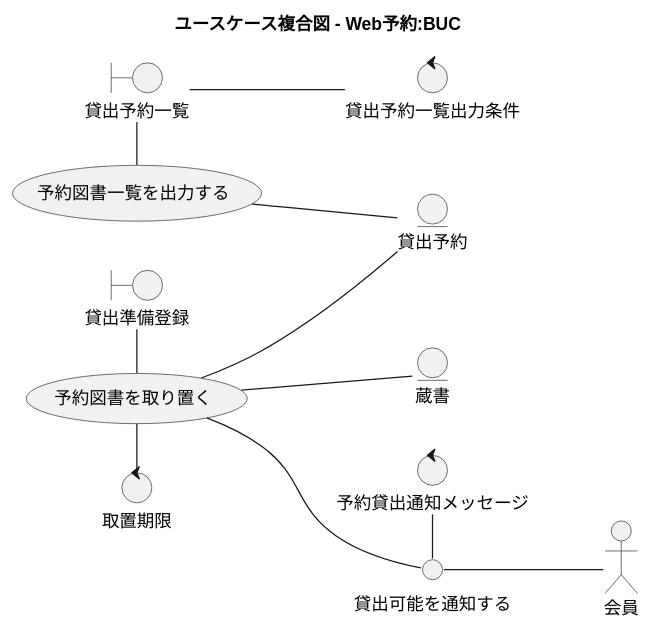
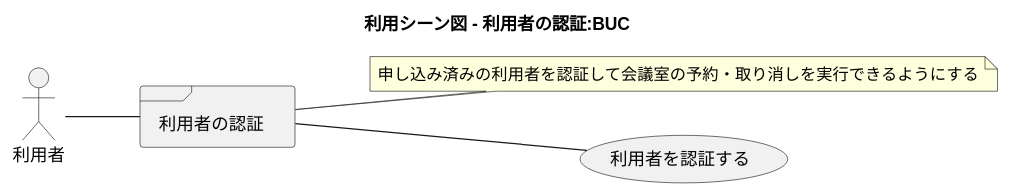
Before and after one commit to k2works/case-study-mrs: the eighth of 15 diagrams in docs/index.adoc, drawn with PlantUML. The commit also changed other lines of this file, not shown here.

```diff
--- a/docs/index.adoc
+++ b/docs/index.adoc
@@ -327,37 +247,22 @@
 [plantuml]
 ----
 @startuml
 
-title ユースケース複合図 - Web予約:BUC
+title 利用シーン図 - 利用者の認証:BUC
 
 left to right direction
 
-actor 会員
+actor 利用者
 
-entity 貸出予約
-entity 蔵書
+frame 利用者の認証
+note right of 利用者の認証
+  申し込み済みの利用者を認証して会議室の予約・取り消しを実行できるようにする
+end note
 
-usecase 予約図書一覧を出力する
-boundary 貸出予約一覧
-control 貸出予約一覧出力条件
+usecase 利用者を認証する
 
-貸出予約一覧 - (予約図書一覧を出力する)
-貸出予約一覧 -- 貸出予約一覧出力条件
-(予約図書一覧を出力する) -- 貸出予約
-
-usecase 予約図書を取り置く
-boundary 貸出準備登録
-control 取置期限
-interface 貸出可能を通知する
-control 予約貸出通知メッセージ
-
-貸出準備登録 - (予約図書を取り置く)
-(予約図書を取り置く) - 取置期限
-(予約図書を取り置く) -- 貸出予約
-(予約図書を取り置く) -- 蔵書
-(予約図書を取り置く) -- 貸出可能を通知する
-予約貸出通知メッセージ - 貸出可能を通知する
-貸出可能を通知する -- 会員
+:利用者: -- 利用者の認証
+利用者の認証 -- (利用者を認証する)
 
 @enduml
 ----
```
